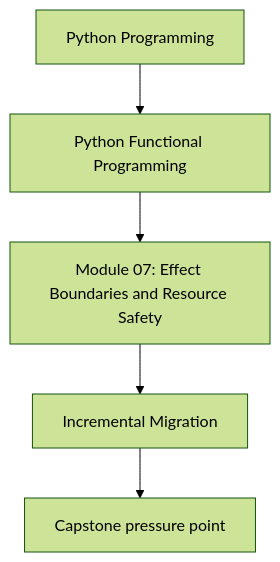
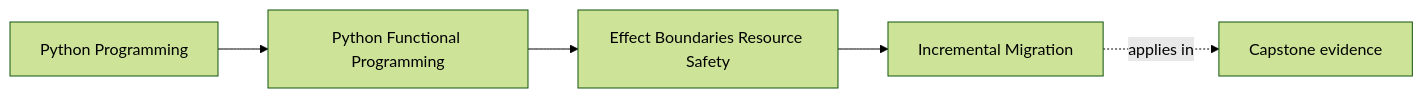
The first of 2 diagrams in programs/python-programming/python-functional-programming/course-book/module-07-effect-boundaries-resource-safety/incremental-migration.md (bijux/bijux-masterclass), drawn with Mermaid (forest theme) before and after one commit. The commit also changed other lines of this file and 108 other files, not shown here.

Commit message:
docs(python-functional-programming): map capstone and advanced design surfaces

````diff
--- a/programs/python-programming/python-functional-programming/course-book/module-07-effect-boundaries-resource-safety/incremental-migration.md
+++ b/programs/python-programming/python-functional-programming/course-book/module-07-effect-boundaries-resource-safety/incremental-migration.md
@@ -7,7 +7,11 @@
 ```mermaid
-flowchart TD
-  family["Python Programming"] --> program["Python Functional Programming"]
-  program --> module["Module 07: Effect Boundaries and Resource Safety"]
-  module --> concept["Incremental Migration"]
-  concept --> capstone["Capstone pressure point"]
+graph LR
+  family["Python Programming"]
+  program["Python Functional Programming"]
+  section["Effect Boundaries Resource Safety"]
+  page["Incremental Migration"]
+  capstone["Capstone evidence"]
+
+  family --> program --> section --> page
+  page -.applies in.-> capstone
 ```
````
